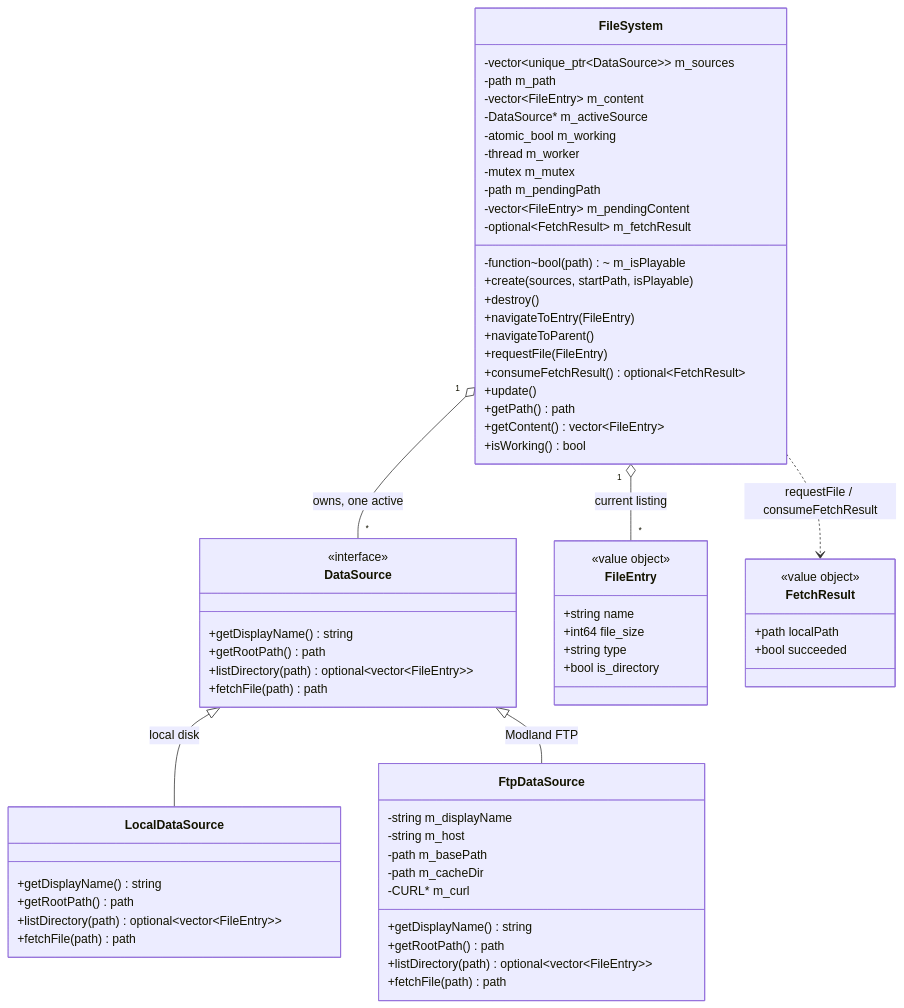
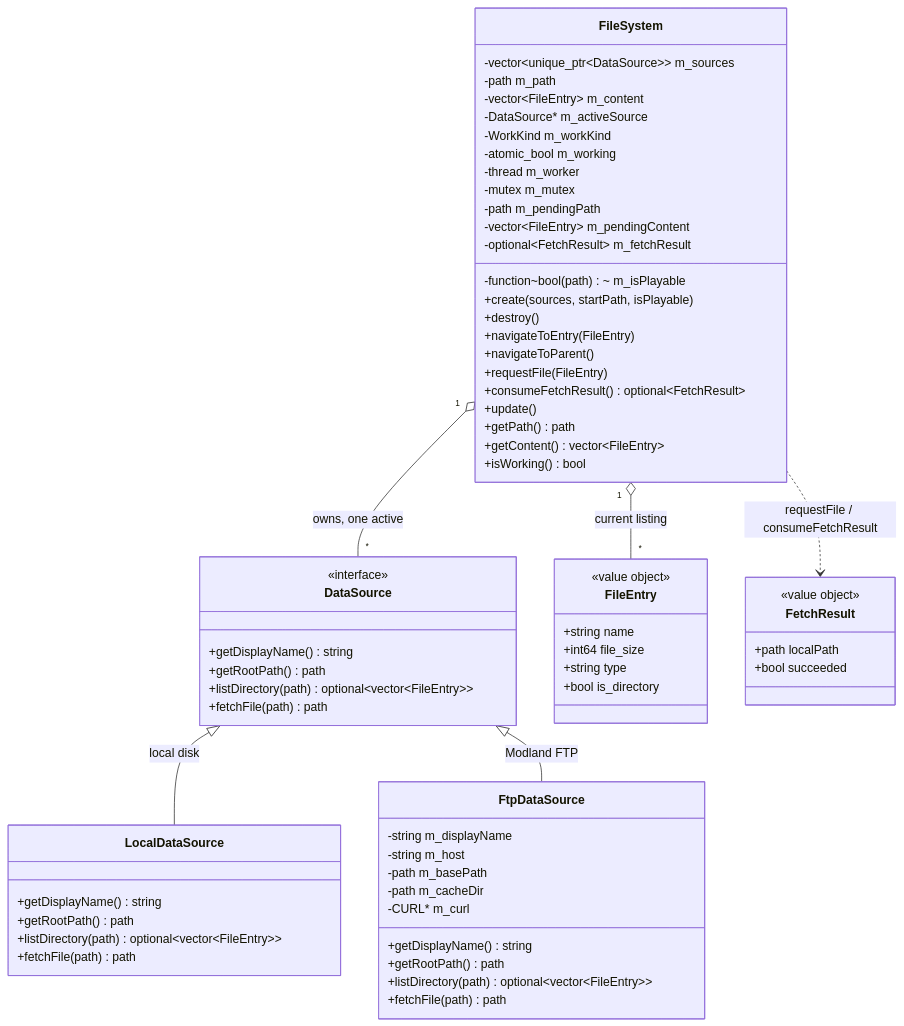
The diagram in docs/filesystem.md (notnotme/osp2), drawn with Mermaid before and after one commit. The commit also changed other lines of this file and 6 other files, not shown here.

````diff
--- a/docs/filesystem.md
+++ b/docs/filesystem.md
@@ -13,73 +13,74 @@
 ```mermaid
 classDiagram
     class DataSource {
         <<interface>>
         +getDisplayName() string
         +getRootPath() path
         +listDirectory(path) optional~vector~FileEntry~~
         +fetchFile(path) path
     }
 
     class LocalDataSource {
         +getDisplayName() string
         +getRootPath() path
         +listDirectory(path) optional~vector~FileEntry~~
         +fetchFile(path) path
     }
 
     class FtpDataSource {
         -string m_displayName
         -string m_host
         -path m_basePath
         -path m_cacheDir
         -CURL* m_curl
         +getDisplayName() string
         +getRootPath() path
         +listDirectory(path) optional~vector~FileEntry~~
         +fetchFile(path) path
     }
 
     class FileSystem {
         -vector~unique_ptr~DataSource~~ m_sources
         -function~bool(path)~ m_isPlayable
         -path m_path
         -vector~FileEntry~ m_content
         -DataSource* m_activeSource
+        -WorkKind m_workKind
         -atomic_bool m_working
         -thread m_worker
         -mutex m_mutex
         -path m_pendingPath
         -vector~FileEntry~ m_pendingContent
         -optional~FetchResult~ m_fetchResult
         +create(sources, startPath, isPlayable)
         +destroy()
         +navigateToEntry(FileEntry)
         +navigateToParent()
         +requestFile(FileEntry)
         +consumeFetchResult() optional~FetchResult~
         +update()
         +getPath() path
         +getContent() vector~FileEntry~
         +isWorking() bool
     }
 
     class FileEntry {
         <<value object>>
         +string name
         +int64 file_size
         +string type
         +bool is_directory
     }
 
     class FetchResult {
         <<value object>>
         +path localPath
         +bool succeeded
     }
 
     DataSource <|-- LocalDataSource : local disk
     DataSource <|-- FtpDataSource : Modland FTP
     FileSystem "1" o-- "*" DataSource : owns, one active
     FileSystem "1" o-- "*" FileEntry : current listing
     FileSystem ..> FetchResult : requestFile / consumeFetchResult
 ```
````
